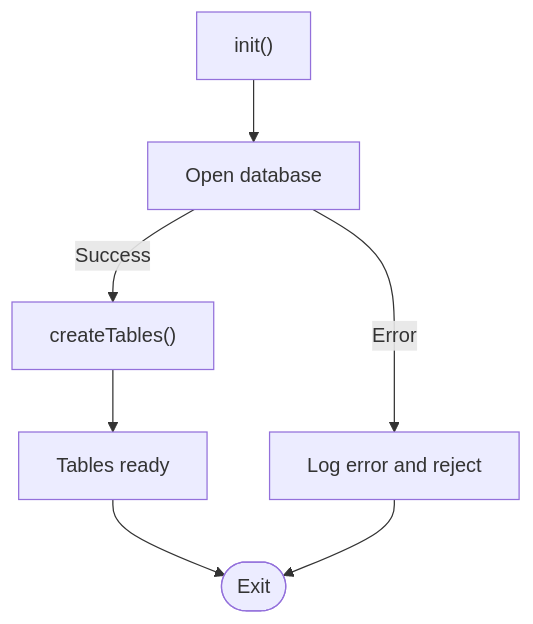
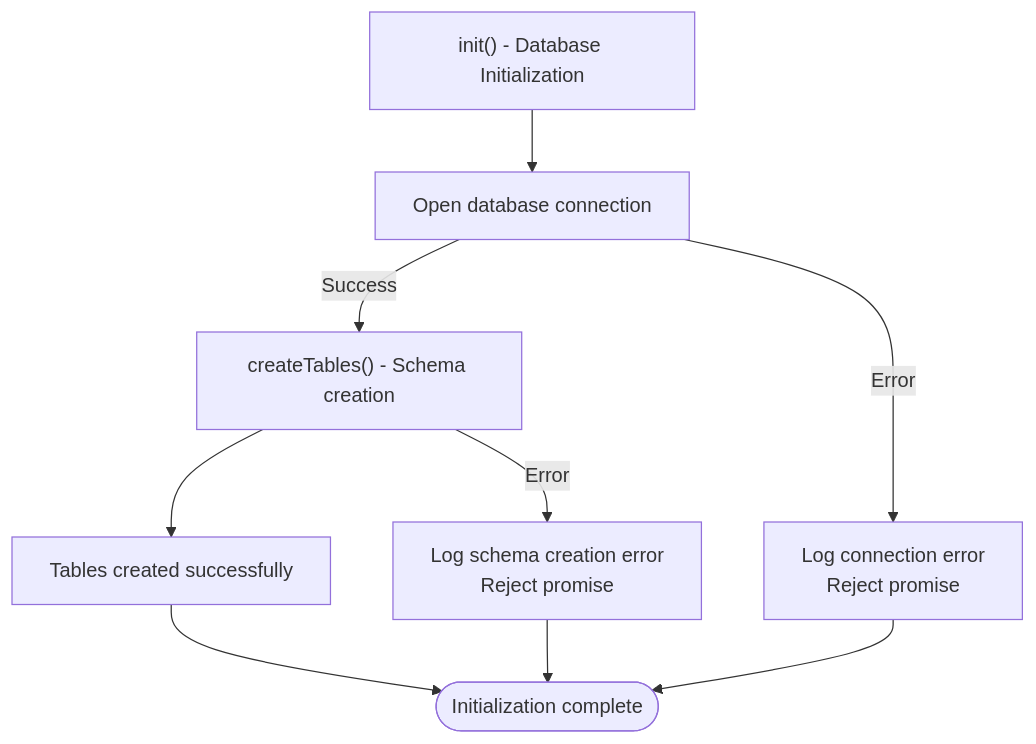
Before and after one commit to Armanda888/appointment-voice-agent: the eighth of 9 diagrams in .qoder/repowiki/en/content/Logging and Monitoring.md, drawn with Mermaid. The commit also changed other lines of this file and 14 other files, not shown here.

````diff
--- a/.qoder/repowiki/en/content/Logging and Monitoring.md
+++ b/.qoder/repowiki/en/content/Logging and Monitoring.md
@@ -306,9 +407,11 @@
 ```mermaid
 flowchart TD
-Init["init()"] --> Open["Open database"]
-Open --> |Success| Create["createTables()"]
-Open --> |Error| LogErr["Log error and reject"]
-Create --> Done["Tables ready"]
-Done --> End(["Exit"])
+Init["init() - Database Initialization"] --> Open["Open database connection"]
+Open --> |Success| Create["createTables() - Schema creation"]
+Open --> |Error| LogErr["Log connection error<br/>Reject promise"]
+Create --> TablesReady["Tables created successfully"]
+TablesReady --> End(["Initialization complete"])
+Create --> |Error| LogSchemaErr["Log schema creation error<br/>Reject promise"]
+LogSchemaErr --> End
 LogErr --> End
 ```
````
